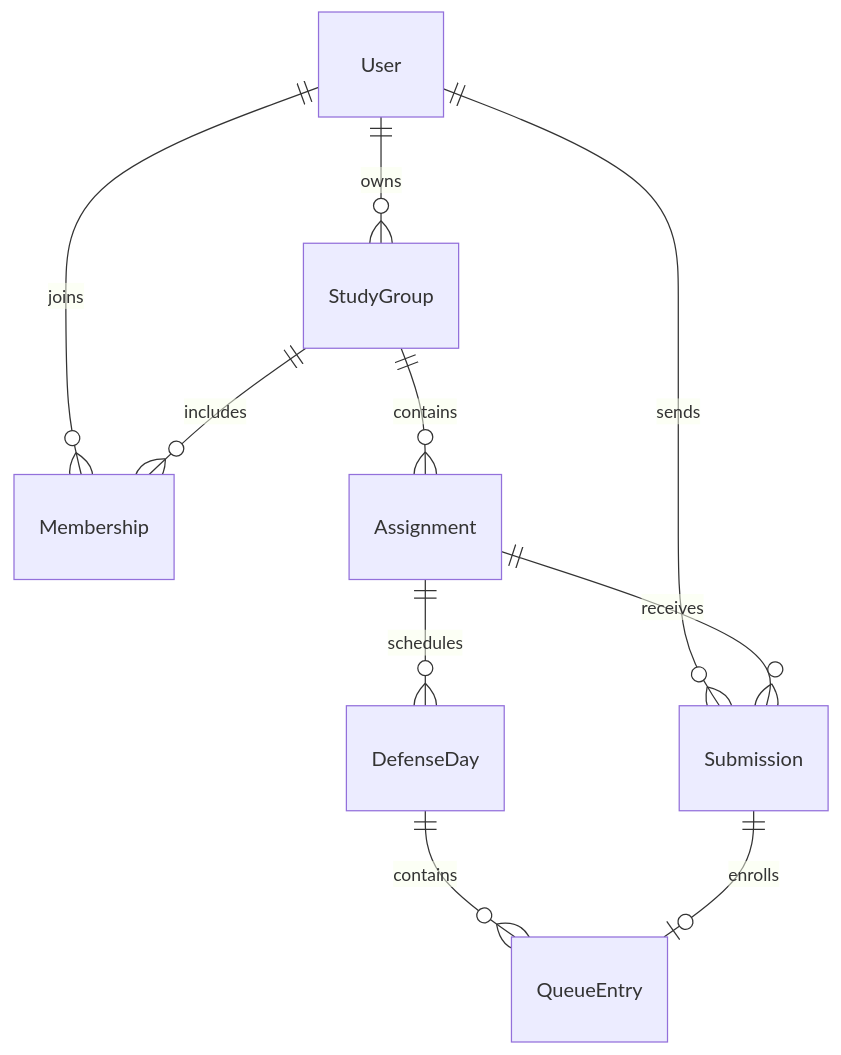
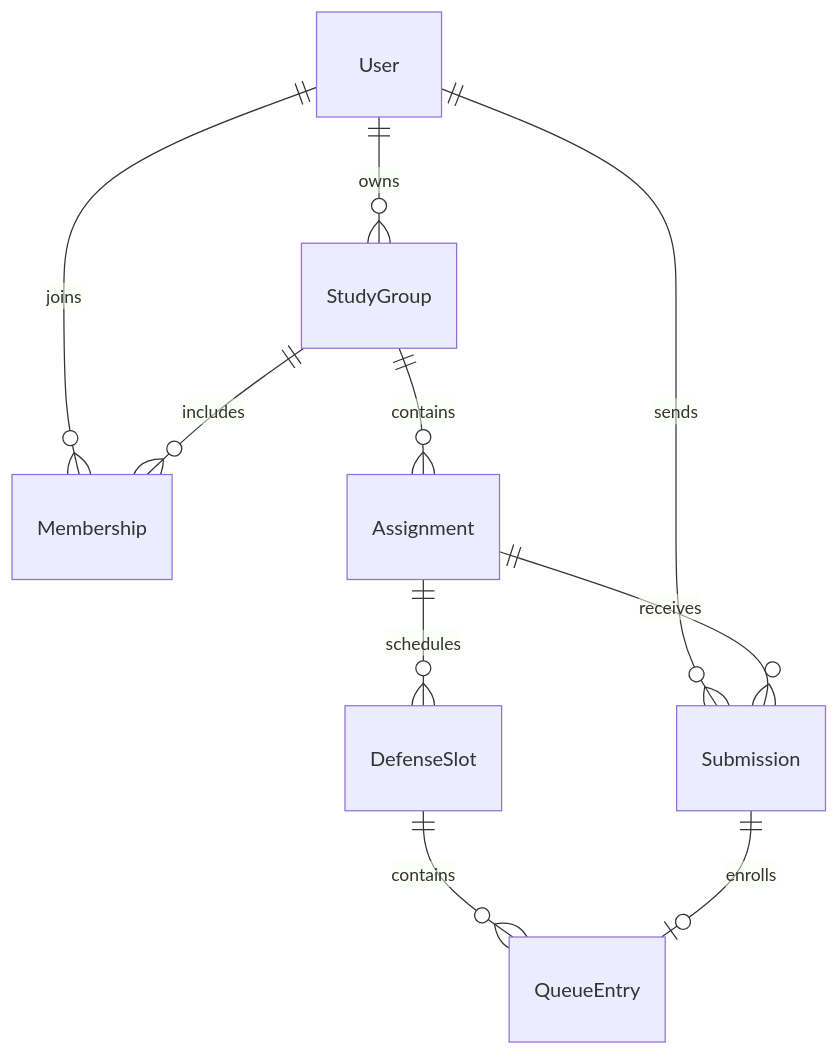
One commit to Grooblik/LabDefender changed the diagram in docs/integration.md. Above: the diagram before and after it, drawn with Mermaid. The commit also changed other lines of this file and 30 other files, not shown here.

````diff
--- a/docs/integration.md
+++ b/docs/integration.md
@@ -322,12 +324,12 @@
 ```mermaid
 erDiagram
     User ||--o{ StudyGroup : owns
     User ||--o{ Membership : joins
     StudyGroup ||--o{ Membership : includes
     StudyGroup ||--o{ Assignment : contains
     User ||--o{ Submission : sends
     Assignment ||--o{ Submission : receives
-    Assignment ||--o{ DefenseDay : schedules
-    DefenseDay ||--o{ QueueEntry : contains
+    Assignment ||--o{ DefenseSlot : schedules
+    DefenseSlot ||--o{ QueueEntry : contains
     Submission ||--o| QueueEntry : enrolls
 ```
````
